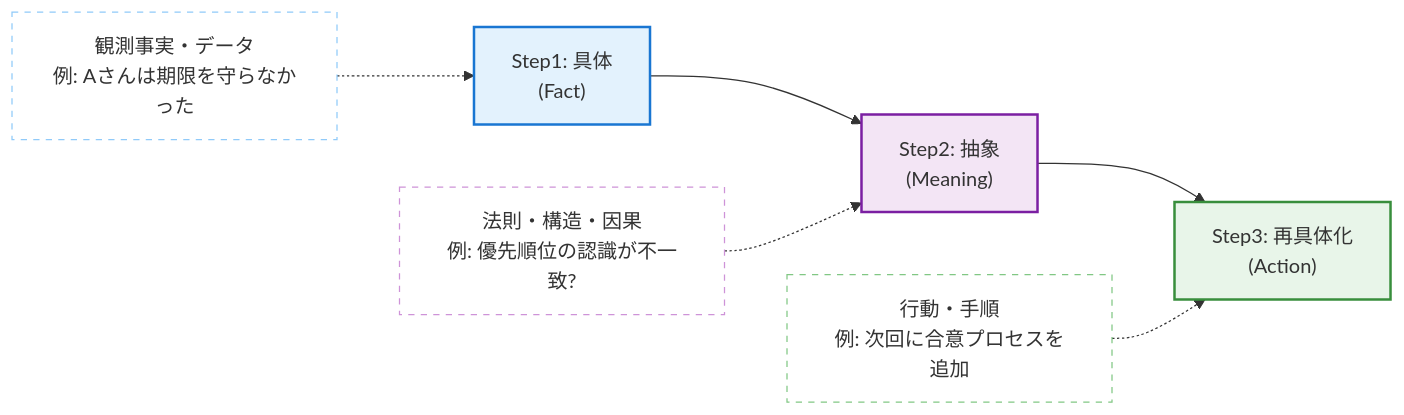
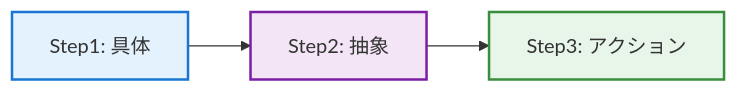
One commit to Ryota-Onuma/me changed the first of 2 diagrams in bag/blog/content/posts/concrete-abstract-thinking.md. Above: the diagram before and after it, drawn with Mermaid. The commit also changed other lines of this file, not shown here.

````diff
--- a/bag/blog/content/posts/concrete-abstract-thinking.md
+++ b/bag/blog/content/posts/concrete-abstract-thinking.md
@@ -74,16 +75,9 @@
 ```mermaid
 graph LR
-    A["Step1: 具体<br/>(Fact)"] --> B["Step2: 抽象<br/>(Meaning)"]
-    B --> C["Step3: 再具体化<br/>(Action)"]
-    
-    A2["観測事実・データ<br/>例: Aさんは期限を守らなかった"] -.-> A
-    B2["法則・構造・因果<br/>例: 優先順位の認識が不一致?"] -.-> B
-    C2["行動・手順<br/>例: 次回に合意プロセスを追加"] -.-> C
+    A["Step1: 具体"] --> B["Step2: 抽象"]
+    B --> C["Step3: アクション"]
     
     style A fill:#e3f2fd,stroke:#1976d2,stroke-width:2px
     style B fill:#f3e5f5,stroke:#7b1fa2,stroke-width:2px
     style C fill:#e8f5e9,stroke:#388e3c,stroke-width:2px
-    style A2 fill:#fff,stroke:#90caf9,stroke-dasharray: 5 5
-    style B2 fill:#fff,stroke:#ce93d8,stroke-dasharray: 5 5
-    style C2 fill:#fff,stroke:#81c784,stroke-dasharray: 5 5
 ```
````
